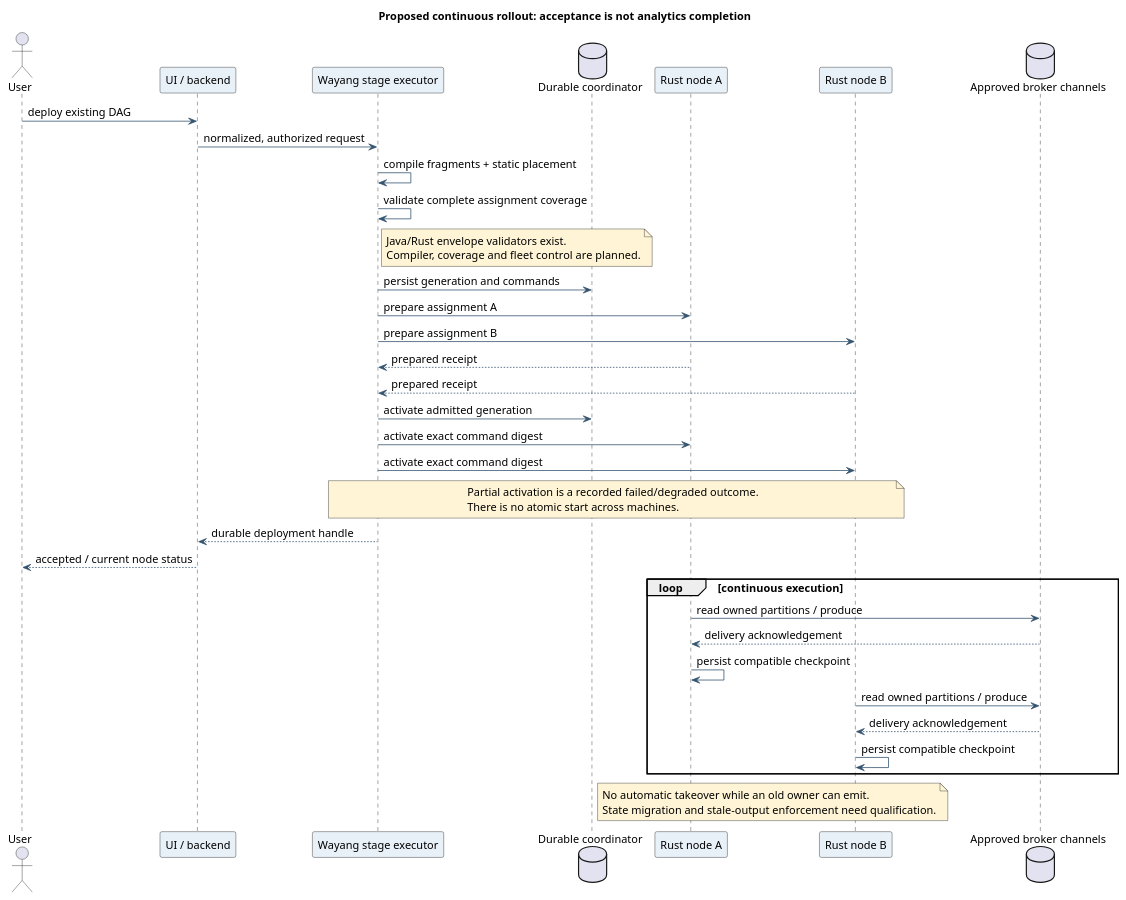
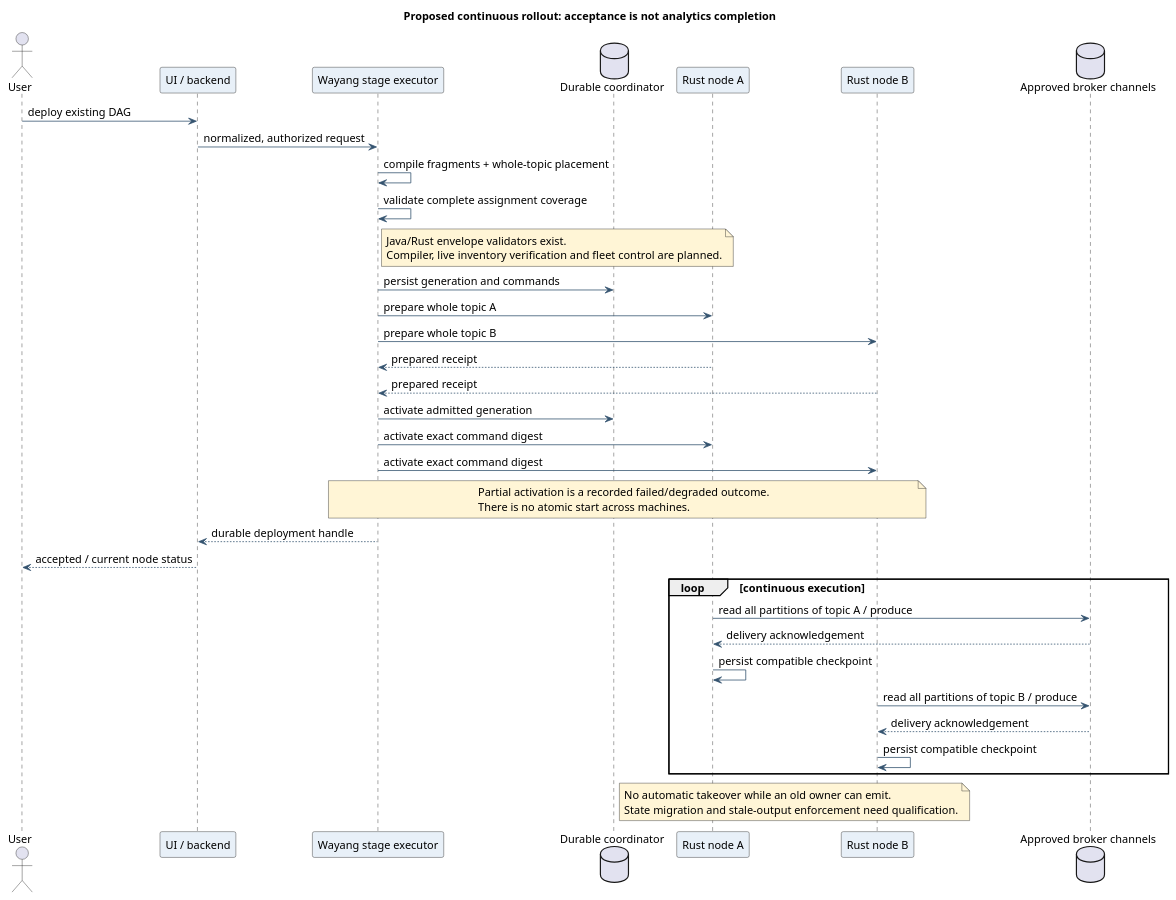
The diagram in docs/devguide/integration/uml/wayang-rust-rollout.puml (kamir/OpenTSx), drawn with PlantUML before and after one commit. The commit also changed 18 other files, not shown here.

```diff
--- a/docs/devguide/integration/uml/wayang-rust-rollout.puml
+++ b/docs/devguide/integration/uml/wayang-rust-rollout.puml
@@ -1,53 +1,53 @@
 @startuml
 title Proposed continuous rollout: acceptance is not analytics completion
 skinparam backgroundColor white
 skinparam shadowing false
 skinparam defaultFontName SansSerif
 skinparam defaultFontSize 14
 skinparam ArrowColor #34536F
 skinparam participantBackgroundColor #E8F0F8
 skinparam noteBackgroundColor #FFF5D6
 
 actor User
 participant "UI / backend" as api
 participant "Wayang stage executor" as driver
 database "Durable coordinator" as journal
 participant "Rust node A" as a
 participant "Rust node B" as b
 database "Approved broker channels" as kafka
 
 User -> api : deploy existing DAG
 api -> driver : normalized, authorized request
-driver -> driver : compile fragments + static placement
+driver -> driver : compile fragments + whole-topic placement
 driver -> driver : validate complete assignment coverage
 note right of driver
 Java/Rust envelope validators exist.
-Compiler, coverage and fleet control are planned.
+Compiler, live inventory verification and fleet control are planned.
 end note
 driver -> journal : persist generation and commands
-driver -> a : prepare assignment A
-driver -> b : prepare assignment B
+driver -> a : prepare whole topic A
+driver -> b : prepare whole topic B
 a --> driver : prepared receipt
 b --> driver : prepared receipt
 driver -> journal : activate admitted generation
 driver -> a : activate exact command digest
 driver -> b : activate exact command digest
 note over driver,b
 Partial activation is a recorded failed/degraded outcome.
 There is no atomic start across machines.
 end note
 driver --> api : durable deployment handle
 api --> User : accepted / current node status
 loop continuous execution
-  a -> kafka : read owned partitions / produce
+  a -> kafka : read all partitions of topic A / produce
   kafka --> a : delivery acknowledgement
   a -> a : persist compatible checkpoint
-  b -> kafka : read owned partitions / produce
+  b -> kafka : read all partitions of topic B / produce
   kafka --> b : delivery acknowledgement
   b -> b : persist compatible checkpoint
 end
 note over a,b
 No automatic takeover while an old owner can emit.
 State migration and stale-output enforcement need qualification.
 end note
 @enduml
```
